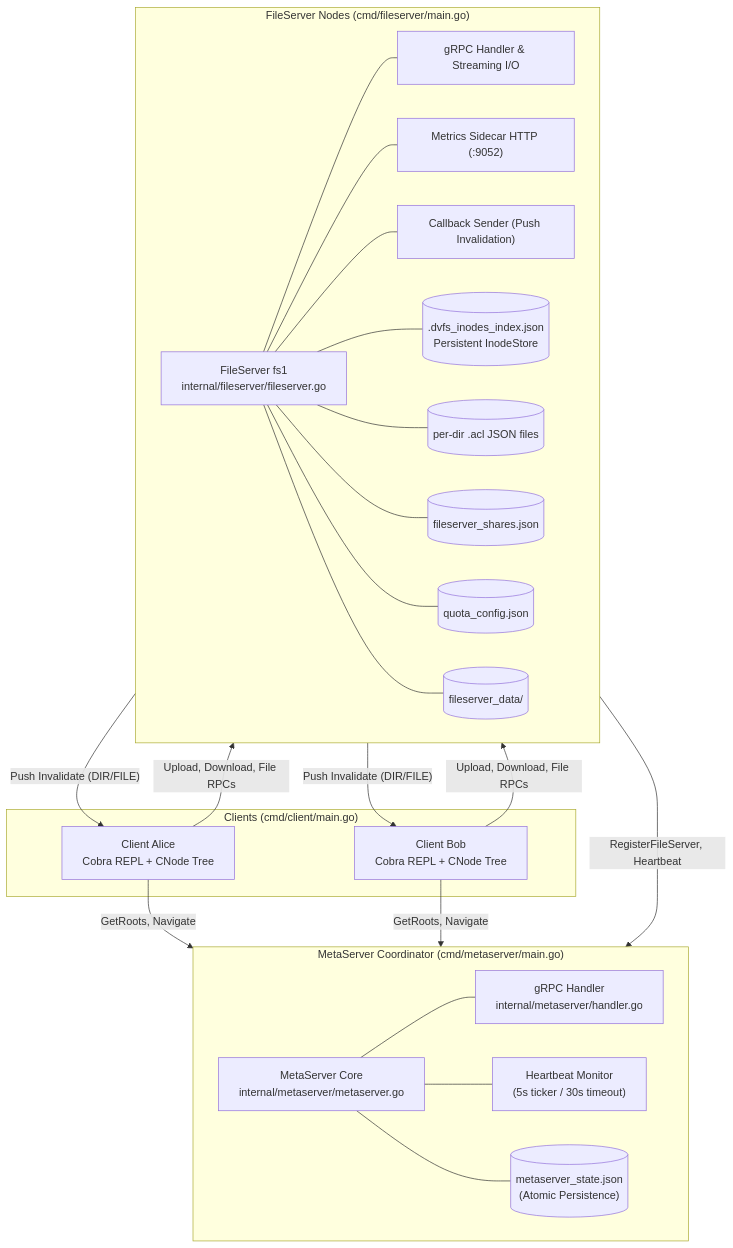
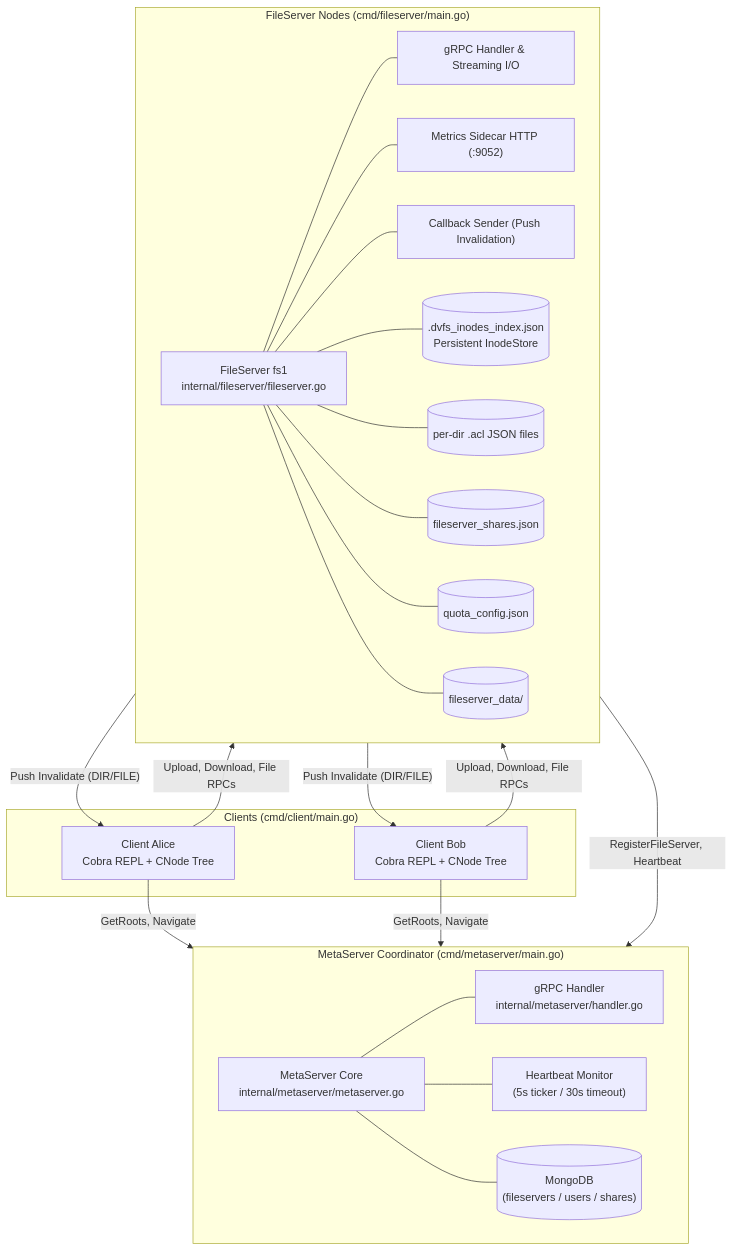
Before and after one commit to DVFS-IIT-Gandhinagar/Distributed-Virtual-File-System: the first of 8 diagrams in docs/architecture.md, drawn with Mermaid. The commit also changed other lines of this file and 15 other files, not shown here.

````diff
--- a/docs/architecture.md
+++ b/docs/architecture.md
@@ -17,46 +17,46 @@
 ```mermaid
 graph TB
     subgraph Clients["Clients (cmd/client/main.go)"]
         C1["Client Alice\nCobra REPL + CNode Tree"]
         C2["Client Bob\nCobra REPL + CNode Tree"]
     end
 
     subgraph MetaServer["MetaServer Coordinator (cmd/metaserver/main.go)"]
         MS["MetaServer Core\ninternal/metaserver/metaserver.go"]
         MSH["gRPC Handler\ninternal/metaserver/handler.go"]
         HMON["Heartbeat Monitor\n(5s ticker / 30s timeout)"]
-        MSS[("metaserver_state.json\n(Atomic Persistence)")]
+        MSS[("MongoDB\n(fileservers / users / shares)")]
         MS --- MSH
         MS --- HMON
         MS --- MSS
     end
 
     subgraph FileServers["FileServer Nodes (cmd/fileserver/main.go)"]
         FS1["FileServer fs1\ninternal/fileserver/fileserver.go"]
         FSH1["gRPC Handler & Streaming I/O"]
         MET1["Metrics Sidecar HTTP (:9052)"]
         CBS1["Callback Sender (Push Invalidation)"]
         INODES1[(".dvfs_inodes_index.json\nPersistent InodeStore")]
         ACLS1[("per-dir .acl JSON files")]
         SHARES1[("fileserver_shares.json")]
         QUOTA1[("quota_config.json")]
         DISK1[("fileserver_data/")]
 
         FS1 --- FSH1
         FS1 --- MET1
         FS1 --- CBS1
         FS1 --- INODES1
         FS1 --- ACLS1
         FS1 --- SHARES1
         FS1 --- QUOTA1
         FS1 --- DISK1
     end
 
     C1 -->|"GetRoots, Navigate"| MetaServer
     C2 -->|"GetRoots, Navigate"| MetaServer
     C1 -->|"Upload, Download, File RPCs"| FileServers
     C2 -->|"Upload, Download, File RPCs"| FileServers
     FileServers -->|"RegisterFileServer, Heartbeat"| MetaServer
     FileServers -->|"Push Invalidate (DIR/FILE)"| C1
     FileServers -->|"Push Invalidate (DIR/FILE)"| C2
 ```
````
